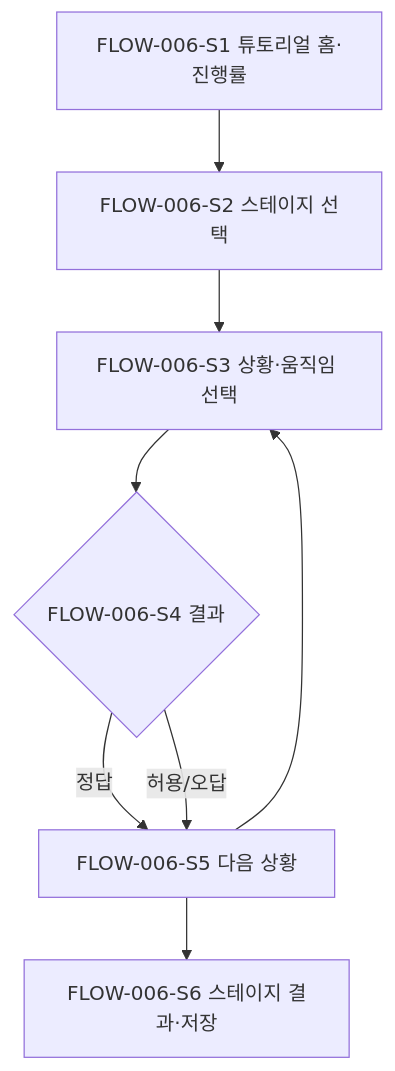
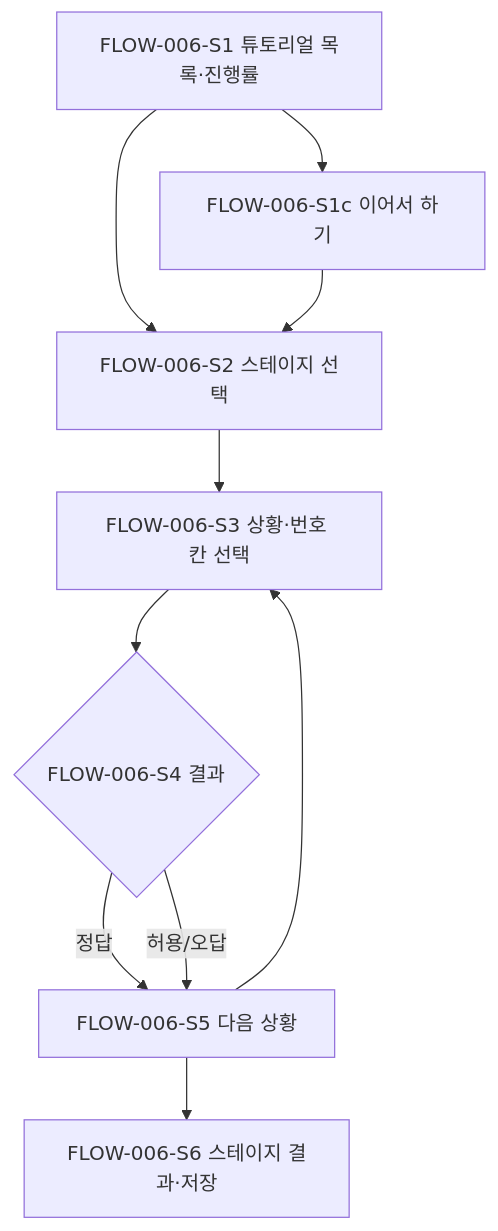
One commit to hoik-ryu/badminton-playbook changed the sixth of 8 diagrams in docs/planning/04-user-flows.md. Above: the diagram before and after it, drawn with Mermaid. The commit also changed other lines of this file and 7 other files, not shown here.

````diff
--- a/docs/planning/04-user-flows.md
+++ b/docs/planning/04-user-flows.md
@@ -220,10 +232,12 @@
 ```mermaid
 flowchart TD
-  S1[FLOW-006-S1 튜토리얼 홈·진행률] --> S2[FLOW-006-S2 스테이지 선택]
-  S2 --> S3[FLOW-006-S3 상황·움직임 선택]
+  S1[FLOW-006-S1 튜토리얼 목록·진행률] --> S2[FLOW-006-S2 스테이지 선택]
+  S1 --> S1c[FLOW-006-S1c 이어서 하기]
+  S1c --> S2
+  S2 --> S3[FLOW-006-S3 상황·번호 칸 선택]
   S3 --> S4{FLOW-006-S4 결과}
   S4 -- 정답 --> S5[FLOW-006-S5 다음 상황]
   S4 -- 허용/오답 --> S5
   S5 --> S3
   S5 --> S6[FLOW-006-S6 스테이지 결과·저장]
 ```
````
